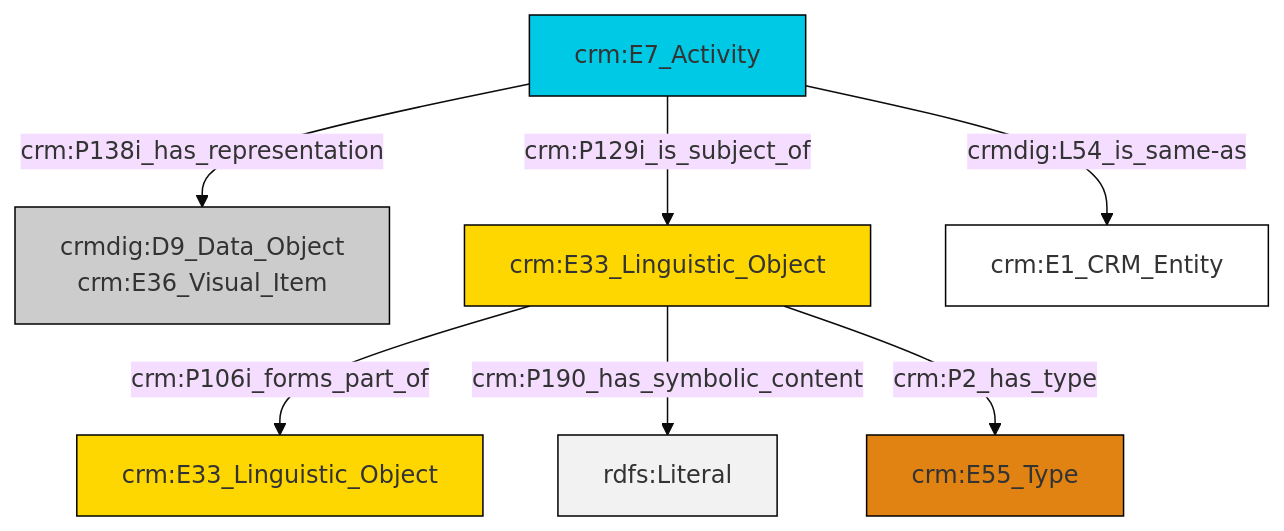
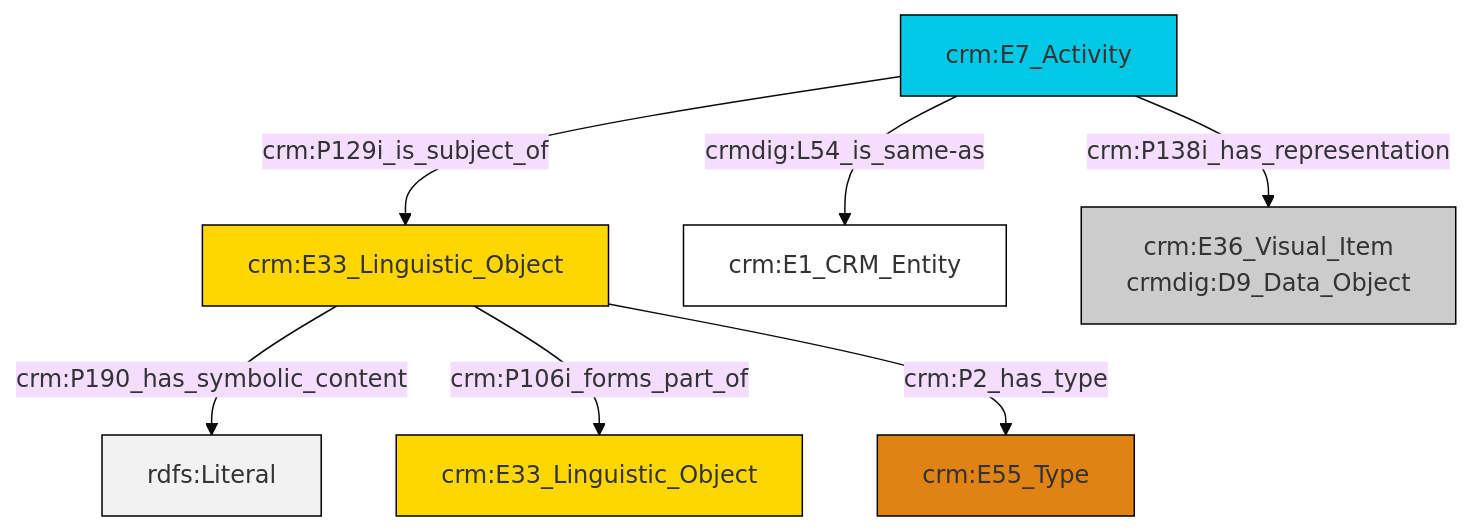
Before and after one commit to swiss-art-research-net/reference-data-models: the diagram in et/eventCSV/ttl/mmd/event_documentation.ttl.mmd, drawn with Mermaid (base theme). The commit also changed 127 other files, not shown here.

```diff
--- a/et/eventCSV/ttl/mmd/event_documentation.ttl.mmd
+++ b/et/eventCSV/ttl/mmd/event_documentation.ttl.mmd
@@ -1,21 +1,21 @@
 graph TD
 classDef Literal fill:#f2f2f2,stroke:#000000;
 classDef CRM_Entity fill:#FFFFFF,stroke:#000000;
 classDef Temporal_Entity fill:#00C9E6, stroke:#000000;
 classDef Type fill:#E18312, stroke:#000000;
 classDef Time-Span fill:#2C9C91, stroke:#000000;
 classDef Appellation fill:#FFEB7F, stroke:#000000;
 classDef Place fill:#008836, stroke:#000000;
 classDef Persistent_Item fill:#B266B2, stroke:#000000;
 classDef Conceptual_Object fill:#FFD700, stroke:#000000;
 classDef Physical_Thing fill:#D2B48C, stroke:#000000;
 classDef Actor fill:#f58aad, stroke:#000000;
 classDef PC_Classes fill:#4ce600, stroke:#000000;
 classDef Multi fill:#cccccc,stroke:#000000;
 
-7["crm:E33_Linguistic_Object"]:::Conceptual_Object -->|crm:P106i_forms_part_of| 9["crm:E33_Linguistic_Object"]:::Conceptual_Object
-0["crm:E7_Activity"]:::Temporal_Entity -->|crm:P138i_has_representation| 2["crmdig:D9_Data_Object<br>crm:E36_Visual_Item"]:::Multi
-0["crm:E7_Activity"]:::Temporal_Entity -->|crm:P129i_is_subject_of| 7["crm:E33_Linguistic_Object"]:::Conceptual_Object
-7["crm:E33_Linguistic_Object"]:::Conceptual_Object -->|crm:P190_has_symbolic_content| 14[rdfs:Literal]:::Literal
-0["crm:E7_Activity"]:::Temporal_Entity -->|crmdig:L54_is_same-as| 11["crm:E1_CRM_Entity"]:::CRM_Entity
-7["crm:E33_Linguistic_Object"]:::Conceptual_Object -->|crm:P2_has_type| 4["crm:E55_Type"]:::Type
+0["crm:E7_Activity"]:::Temporal_Entity -->|crm:P129i_is_subject_of| 1["crm:E33_Linguistic_Object"]:::Conceptual_Object
+1["crm:E33_Linguistic_Object"]:::Conceptual_Object -->|crm:P190_has_symbolic_content| 2[rdfs:Literal]:::Literal
+0["crm:E7_Activity"]:::Temporal_Entity -->|crmdig:L54_is_same-as| 3["crm:E1_CRM_Entity"]:::CRM_Entity
+1["crm:E33_Linguistic_Object"]:::Conceptual_Object -->|crm:P106i_forms_part_of| 7["crm:E33_Linguistic_Object"]:::Conceptual_Object
+0["crm:E7_Activity"]:::Temporal_Entity -->|crm:P138i_has_representation| 5["crm:E36_Visual_Item<br>crmdig:D9_Data_Object"]:::Multi
+1["crm:E33_Linguistic_Object"]:::Conceptual_Object -->|crm:P2_has_type| 10["crm:E55_Type"]:::Type
```
